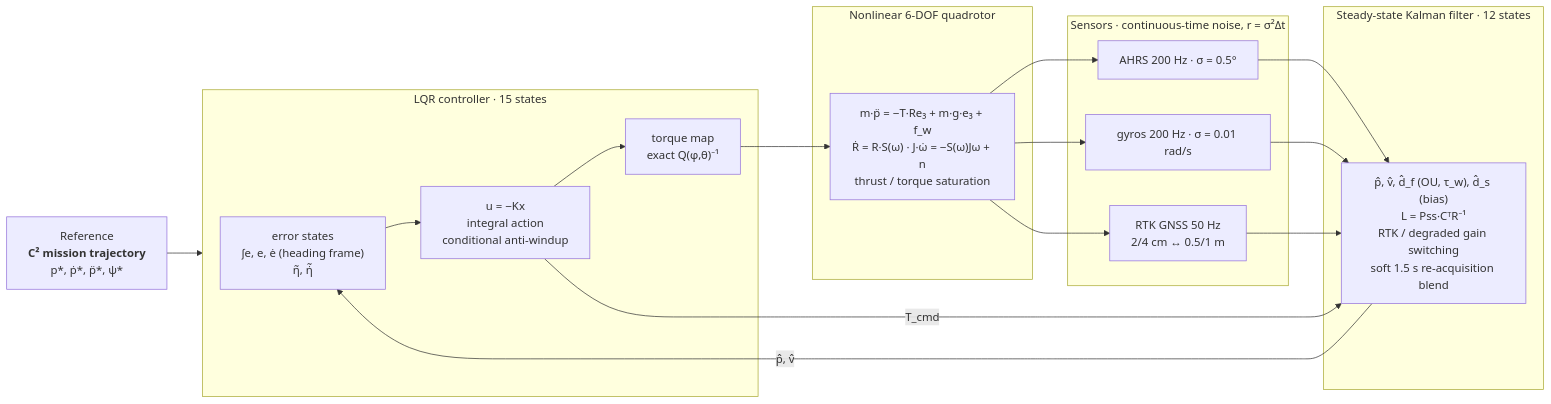
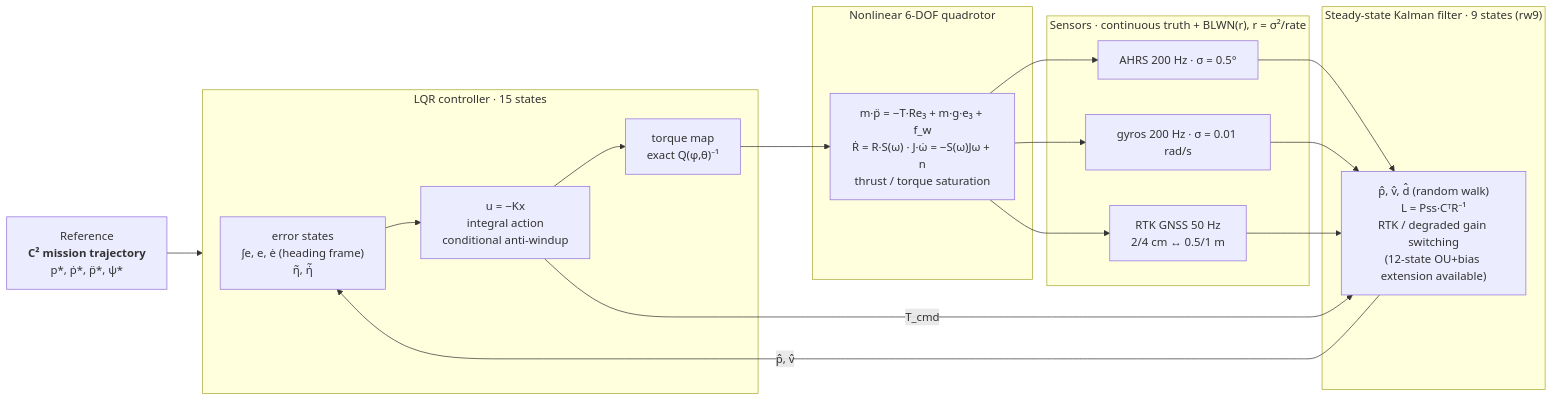
Before and after one commit to HZZ2Z/Aerial-Robotics-Project: the diagram in README.md, drawn with Mermaid. The commit also changed other lines of this file and 18 other files, not shown here.

````diff
--- a/README.md
+++ b/README.md
@@ -57,31 +56,31 @@
 ```mermaid
 flowchart LR
     GEN["Reference<br/><b>C² mission trajectory</b><br/>p*, ṗ*, p̈*, ψ*"] --> CTL
 
-subgraph EST["Steady-state Kalman filter · 12 states"]
-    KF["p̂, v̂, d̂_f (OU, τ_w), d̂_s (bias)<br/>L = Pss·CᵀR⁻¹<br/>RTK / degraded gain switching<br/>soft 1.5 s re-acquisition blend"]
+subgraph EST["Steady-state Kalman filter · 9 states (rw9)"]
+    KF["p̂, v̂, d̂ (random walk)<br/>L = Pss·CᵀR⁻¹<br/>RTK / degraded gain switching<br/>(12-state OU+bias extension available)"]
 end
 
     subgraph CTL["LQR controller · 15 states"]
         ERR["error states<br/>∫e, e, ė (heading frame)<br/>η̃, η̇̃"]
         LQR["u = −Kx<br/>integral action<br/>conditional anti-windup"]
         TQ["torque map<br/>exact Q(φ,θ)⁻¹"]
         ERR --> LQR --> TQ
     end
 
     subgraph PLT["Nonlinear 6-DOF quadrotor"]
         QUAD["m·p̈ = −T·Re₃ + m·g·e₃ + f_w<br/>Ṙ = R·S(ω) · J·ω̇ = −S(ω)Jω + n<br/>thrust / torque saturation"]
     end
 
-    subgraph SNS["Sensors · continuous-time noise, r = σ²Δt"]
+    subgraph SNS["Sensors · continuous truth + BLWN(r), r = σ²/rate"]
         AH["AHRS 200 Hz · σ = 0.5°"]
         GY["gyros 200 Hz · σ = 0.01 rad/s"]
         GN["RTK GNSS 50 Hz<br/>2/4 cm ↔ 0.5/1 m"]
     end
 
     TQ --> QUAD
     QUAD --> AH & GY & GN
     AH & GY & GN --> KF
     KF -- "p̂, v̂" --> ERR
     LQR -- "T_cmd" --> KF
 ```
````
